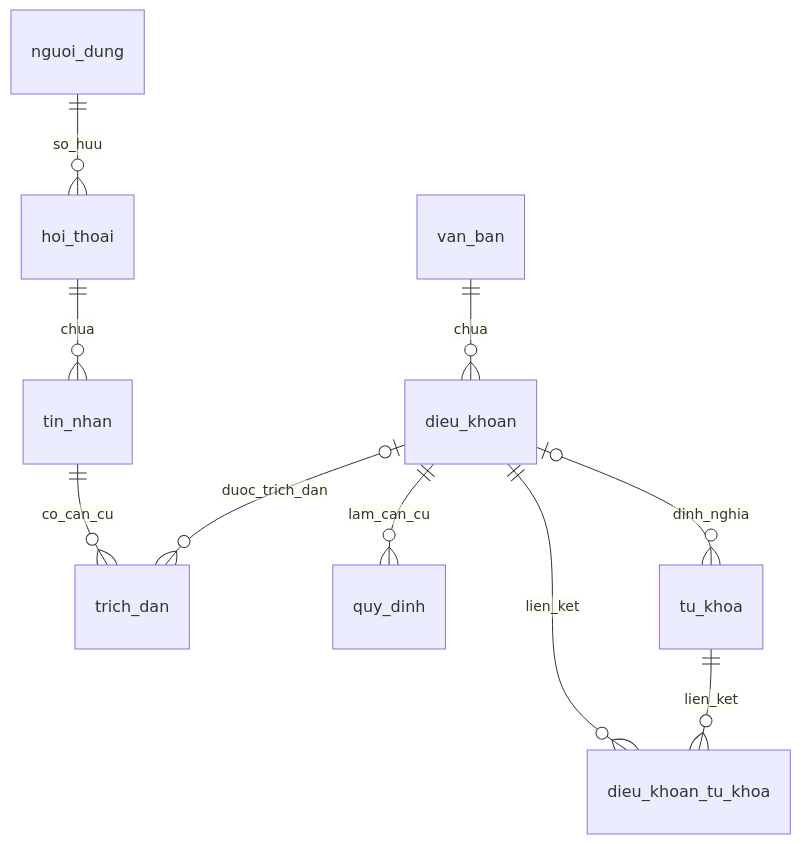
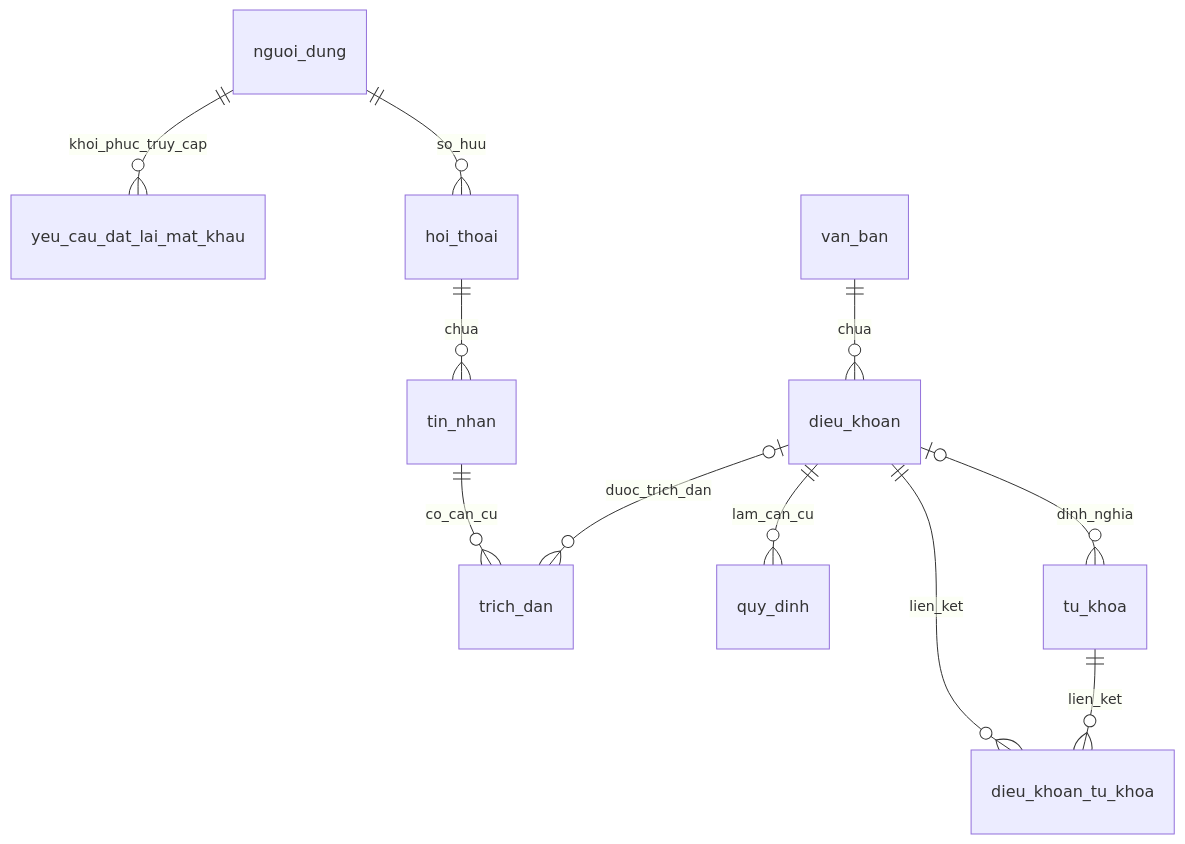
One commit to ThanhVinh-06/cyberlaw-search changed the diagram in docs/design/04-co-so-du-lieu.md. Above: the diagram before and after it, drawn with Mermaid. The commit also changed other lines of this file and 14 other files, not shown here.

Commit message:
Them giao dien quen mat khau va giu phien dang nhap admin

````diff
--- a/docs/design/04-co-so-du-lieu.md
+++ b/docs/design/04-co-so-du-lieu.md
@@ -36,12 +38,13 @@
 ```mermaid
 erDiagram
+    nguoi_dung ||--o{ yeu_cau_dat_lai_mat_khau : khoi_phuc_truy_cap
     nguoi_dung ||--o{ hoi_thoai : so_huu
     hoi_thoai ||--o{ tin_nhan : chua
     tin_nhan ||--o{ trich_dan : co_can_cu
     van_ban ||--o{ dieu_khoan : chua
     dieu_khoan ||--o{ quy_dinh : lam_can_cu
     dieu_khoan ||--o{ dieu_khoan_tu_khoa : lien_ket
     tu_khoa ||--o{ dieu_khoan_tu_khoa : lien_ket
     dieu_khoan o|--o{ tu_khoa : dinh_nghia
     dieu_khoan o|--o{ trich_dan : duoc_trich_dan
 ```
````
